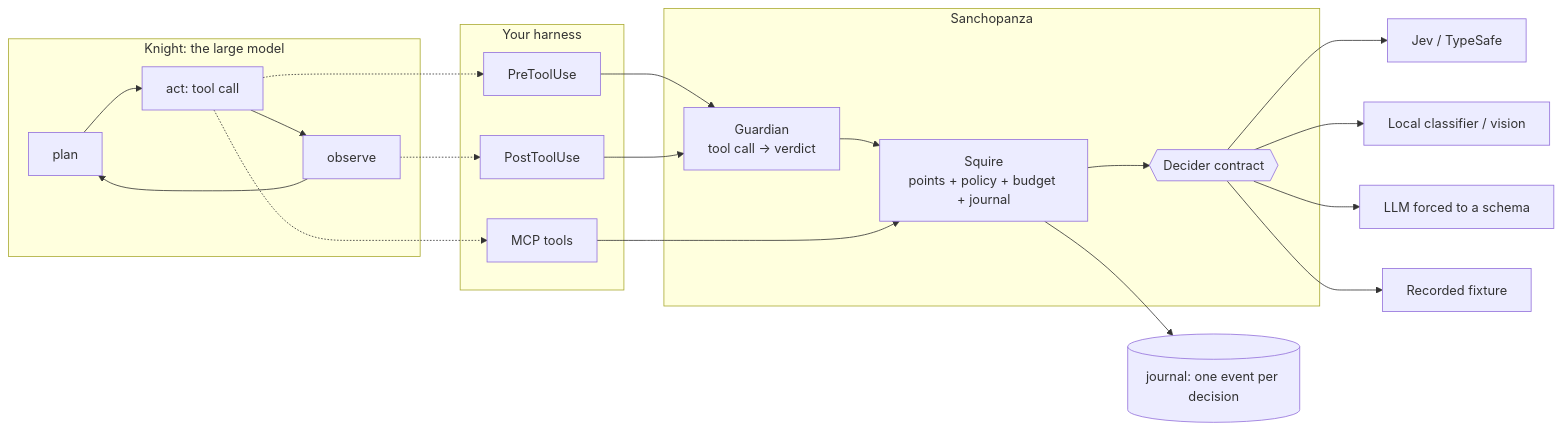
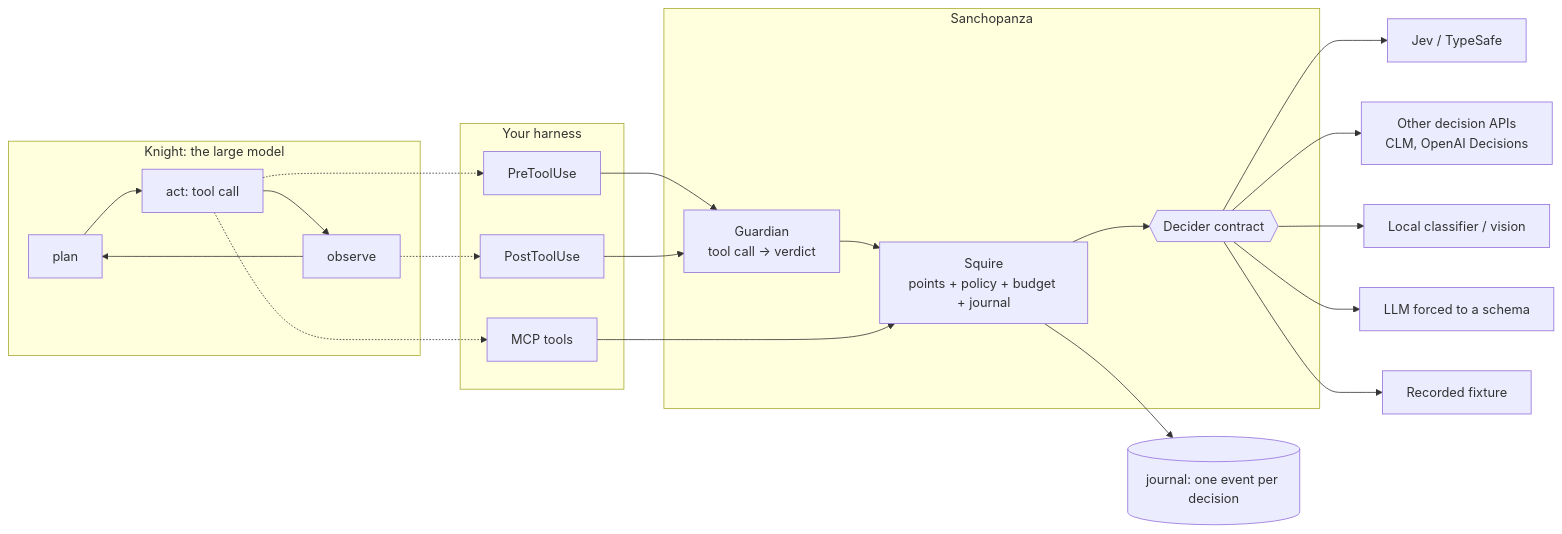
One commit to romanpert/sanchopanza changed the diagram in README.md. Above: the diagram before and after it, drawn with Mermaid. The commit also changed other lines of this file and 2 other files, not shown here.

````diff
--- a/README.md
+++ b/README.md
@@ -529,23 +565,24 @@
 ```mermaid
 flowchart LR
     subgraph Knight["Knight: the large model"]
         P[plan] --> A[act: tool call] --> O[observe] --> P
     end
     subgraph Harness["Your harness"]
         PRE[PreToolUse]
         POST[PostToolUse]
         MCP[MCP tools]
     end
     subgraph SP["Sanchopanza"]
         G[Guardian<br/>tool call -> verdict] --> S[Squire<br/>points + policy + budget + journal]
         S --> D{{Decider contract}}
     end
     D --> J[Jev / TypeSafe]
+    D --> H[Other decision APIs<br/>CLM, OpenAI Decisions]
     D --> L[Local classifier / vision]
     D --> M[LLM forced to a schema]
     D --> R[Recorded fixture]
     A -.-> PRE --> G
     O -.-> POST --> G
     A -.-> MCP --> S
     S --> E[(journal: one event per decision)]
 ```
````
